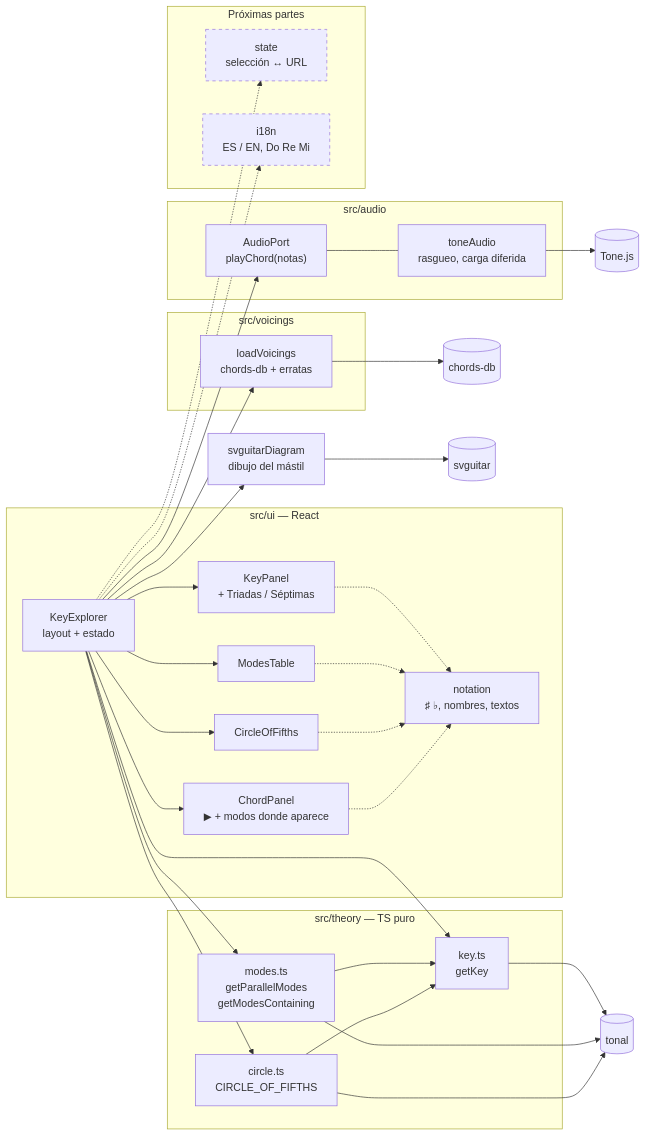
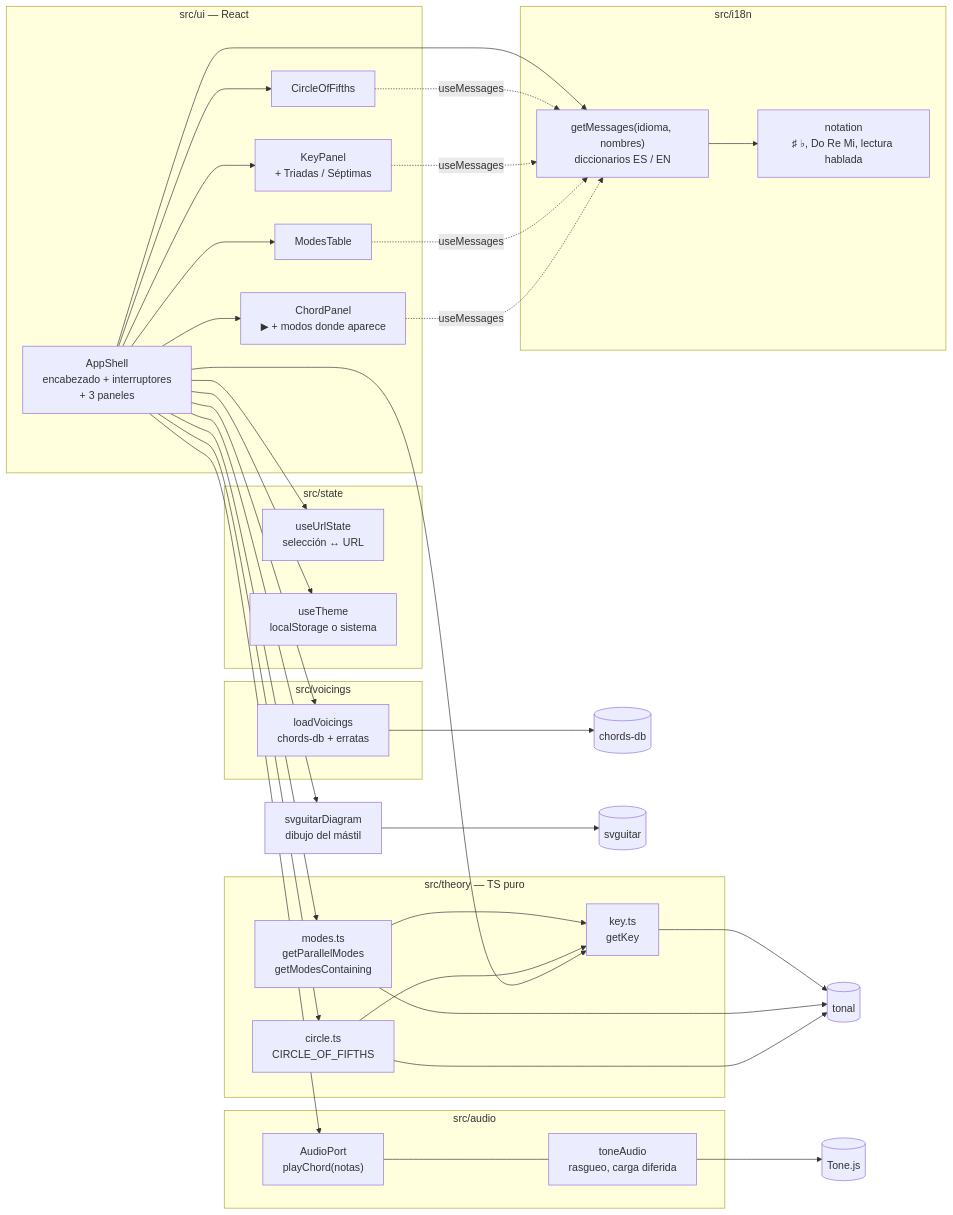
Before and after one commit to AndresPampa/cheetsheet-guitar: the first of 2 diagrams in README.md, drawn with Mermaid. The commit also changed other lines of this file and 6 other files, not shown here.

````diff
--- a/README.md
+++ b/README.md
@@ -43,57 +51,59 @@
 ```mermaid
 flowchart LR
     subgraph ui["src/ui — React"]
-        KE["KeyExplorer<br/>layout + estado"]
+        KE["AppShell<br/>encabezado + interruptores<br/>+ 3 paneles"]
         COF["CircleOfFifths"]
         KP["KeyPanel<br/>+ Triadas / Séptimas"]
         MT["ModesTable"]
         CP["ChordPanel<br/>▶ + modos donde aparece"]
-        NOT["notation<br/>♯ ♭, nombres, textos"]
         KE --> COF & KP & MT & CP
-        KP & MT & COF & CP -.-> NOT
     end
+
+    subgraph state["src/state"]
+        URL["useUrlState<br/>selección ↔ URL"]
+        THEME["useTheme<br/>localStorage o sistema"]
+    end
+
+    subgraph i18n["src/i18n"]
+        MSG["getMessages(idioma, nombres)<br/>diccionarios ES / EN"]
+        NOT["notation<br/>♯ ♭, Do Re Mi, lectura hablada"]
+        MSG --> NOT
+    end
+
+    KE --> URL & THEME & MSG
+    COF & KP & MT & CP -.->|useMessages| MSG
 
     subgraph theory["src/theory — TS puro"]
         KEY["key.ts<br/>getKey"]
         MOD["modes.ts<br/>getParallelModes<br/>getModesContaining"]
         CIR["circle.ts<br/>CIRCLE_OF_FIFTHS"]
         MOD --> KEY
         CIR --> KEY
     end
 
     subgraph audio["src/audio"]
         PORT["AudioPort<br/>playChord(notas)"]
         TONEA["toneAudio<br/>rasgueo, carga diferida"]
         PORT --- TONEA
     end
 
     TONAL[("tonal")]
     TONEJS[("Tone.js")]
 
     KE --> KEY & CIR & MOD
     KE --> PORT
     TONEA --> TONEJS
     KEY & MOD & CIR --> TONAL
 
     subgraph voicings["src/voicings"]
         LV["loadVoicings<br/>chords-db + erratas"]
     end
 
     DRAW["svguitarDiagram<br/>dibujo del mástil"]
     CHORDSDB[("chords-db")]
     SVGUITAR[("svguitar")]
 
     KE --> LV & DRAW
     LV --> CHORDSDB
     DRAW --> SVGUITAR
-
-    subgraph next["Próximas partes"]
-        ST["state<br/>selección ↔ URL"]
-        I18N["i18n<br/>ES / EN, Do Re Mi"]
-    end
-
-    KE -.-> ST & I18N
-
-    classDef planned stroke-dasharray: 5 5
-    class ST,I18N planned
 ```
````
